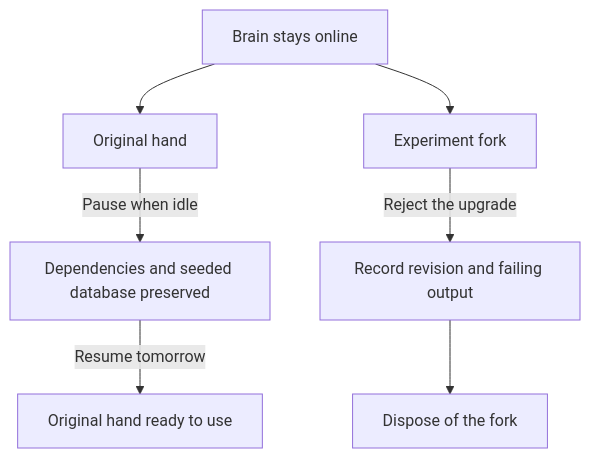
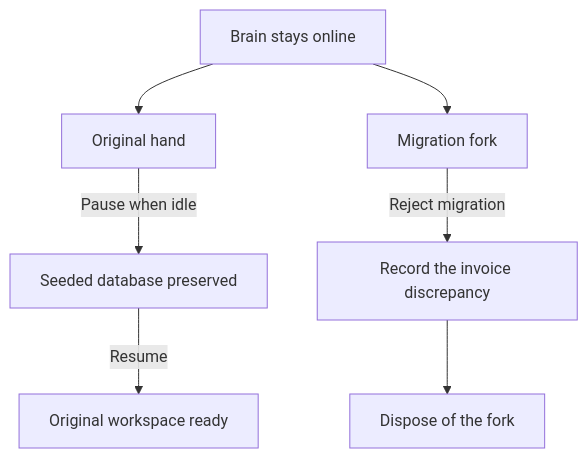
One commit to mifunedev/website changed the third of 3 diagrams in posts/coding-agent-brain-and-hand.md. Above: the diagram before and after it, drawn with Mermaid. The commit also changed other lines of this file, not shown here.

Commit message:
Use a database migration to show why a hand fork matters

````diff
--- a/posts/coding-agent-brain-and-hand.md
+++ b/posts/coding-agent-brain-and-hand.md
@@ -57,10 +61,10 @@
 ```mermaid
 flowchart TB
     brain["Brain stays online"]
     brain --> original["Original hand"]
-    brain --> fork["Experiment fork"]
-    original -->|Pause when idle| paused["Dependencies and seeded database preserved"]
-    paused -->|Resume tomorrow| ready["Original hand ready to use"]
-    fork -->|Reject the upgrade| results["Record revision and failing output"]
+    brain --> fork["Migration fork"]
+    original -->|Pause when idle| paused["Seeded database preserved"]
+    paused -->|Resume| ready["Original workspace ready"]
+    fork -->|Reject migration| results["Record the invoice discrepancy"]
     results --> disposed["Dispose of the fork"]
 ```
````
